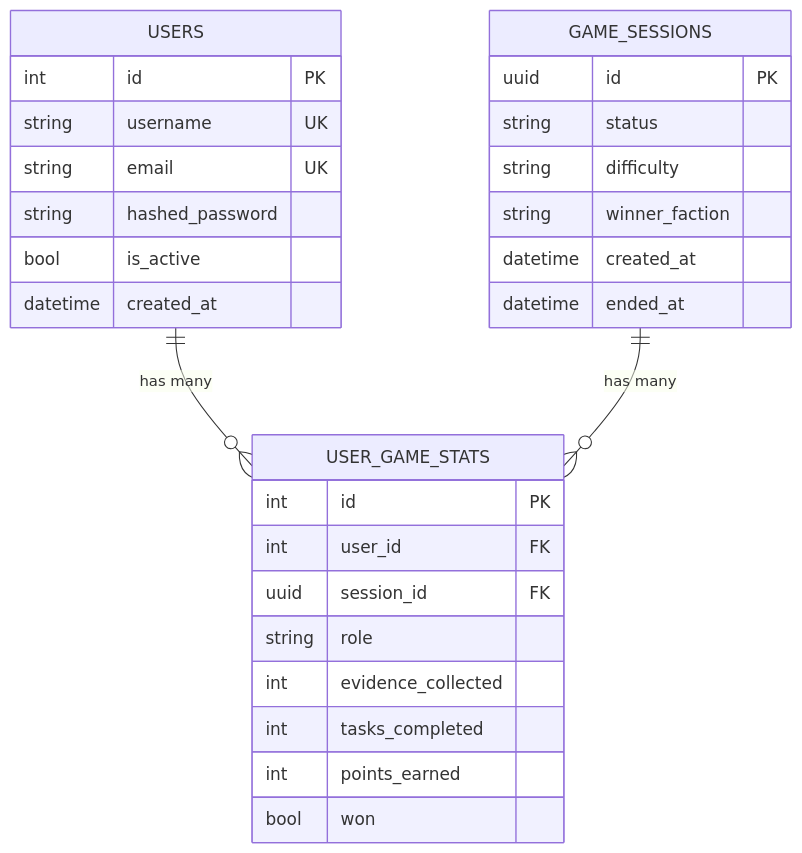
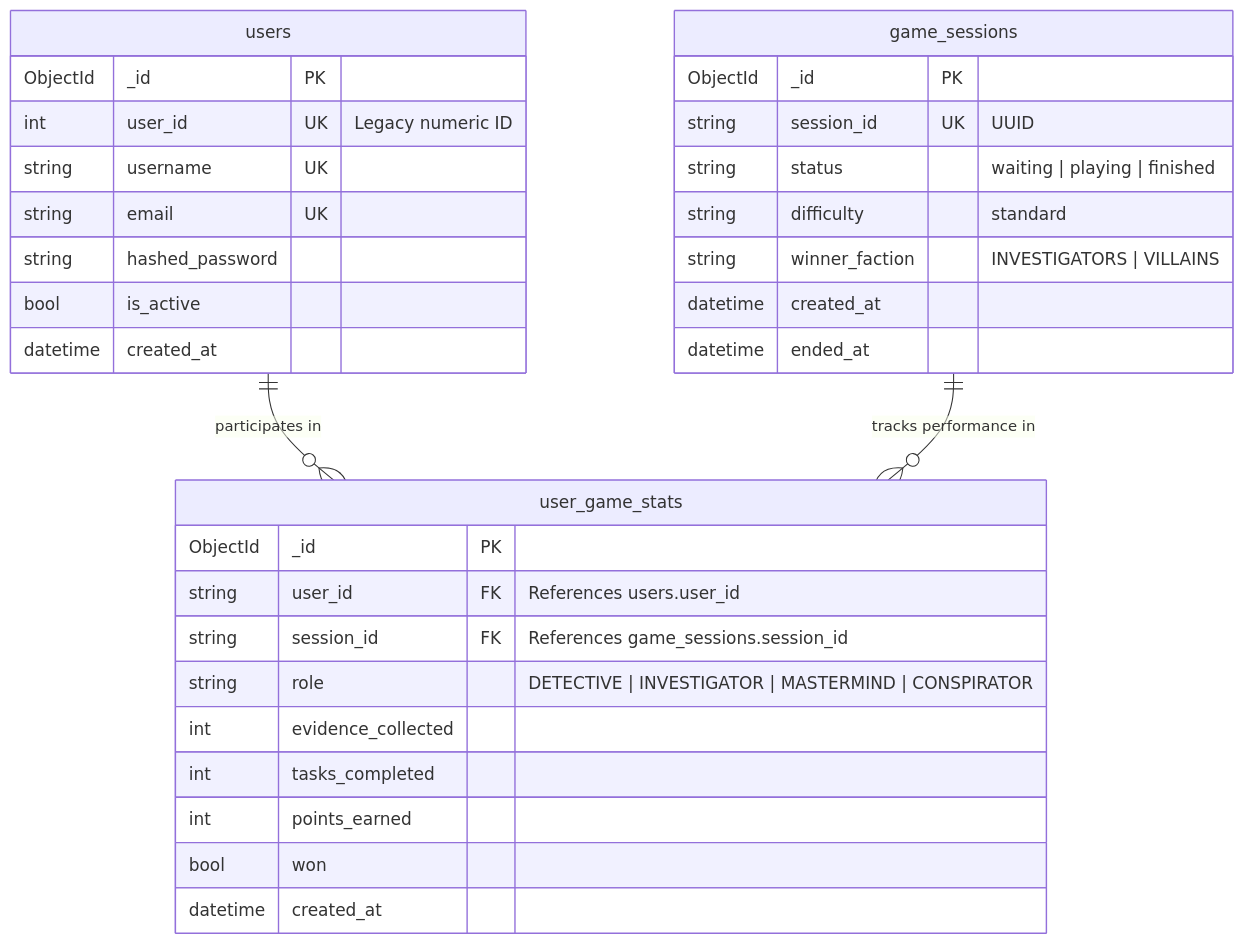
One commit to Akash04471/campusgame changed the first of 2 diagrams in README.md. Above: the diagram before and after it, drawn with Mermaid. The commit also changed other lines of this file, not shown here.

Commit message:
Update README.md with comprehensive problem statement, user architecture, engineering decisions, and MongoDB document schemas

````diff
--- a/README.md
+++ b/README.md
@@ -227,34 +105,37 @@
 ```mermaid
 erDiagram
-    USERS ||--o{ USER_GAME_STATS : "has many"
-    GAME_SESSIONS ||--o{ USER_GAME_STATS : "has many"
+    users ||--o{ user_game_stats : "participates in"
+    game_sessions ||--o{ user_game_stats : "tracks performance in"
 
-    USERS {
-        int id PK
+    users {
+        ObjectId _id PK
+        int user_id UK "Legacy numeric ID"
         string username UK
         string email UK
         string hashed_password
         bool is_active
         datetime created_at
     }
 
-    GAME_SESSIONS {
-        uuid id PK
-        string status
-        string difficulty
-        string winner_faction
+    game_sessions {
+        ObjectId _id PK
+        string session_id UK "UUID"
+        string status "waiting | playing | finished"
+        string difficulty "standard"
+        string winner_faction "INVESTIGATORS | VILLAINS"
         datetime created_at
         datetime ended_at
     }
 
-    USER_GAME_STATS {
-        int id PK
-        int user_id FK
-        uuid session_id FK
-        string role
+    user_game_stats {
+        ObjectId _id PK
+        string user_id FK "References users.user_id"
+        string session_id FK "References game_sessions.session_id"
+        string role "DETECTIVE | INVESTIGATOR | MASTERMIND | CONSPIRATOR"
         int evidence_collected
         int tasks_completed
         int points_earned
         bool won
+        datetime created_at
     }
 ```
````
